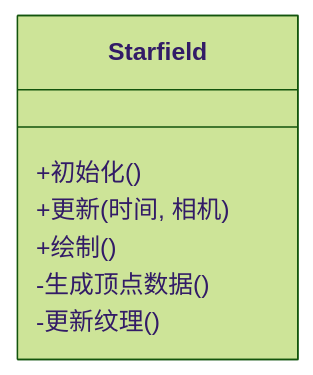
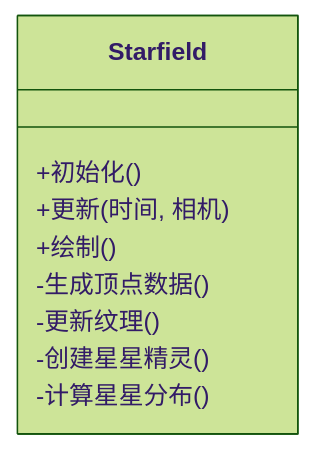
The third of 5 diagrams in .qoder/repowiki/zh/content/项目概述/核心特性/3D渲染引擎/特效与后处理系统/星场渲染器.md (rzhangjing/cesium), drawn with Mermaid (forest theme) before and after one commit. The commit also changed other lines of this file and 24 other files, not shown here.

````diff
--- a/.qoder/repowiki/zh/content/项目概述/核心特性/3D渲染引擎/特效与后处理系统/星场渲染器.md
+++ b/.qoder/repowiki/zh/content/项目概述/核心特性/3D渲染引擎/特效与后处理系统/星场渲染器.md
@@ -98,10 +109,12 @@
 ```mermaid
 classDiagram
 class Starfield {
 +初始化()
 +更新(时间, 相机)
 +绘制()
 -生成顶点数据()
 -更新纹理()
+-创建星星精灵()
+-计算星星分布()
 }
 ```
````
